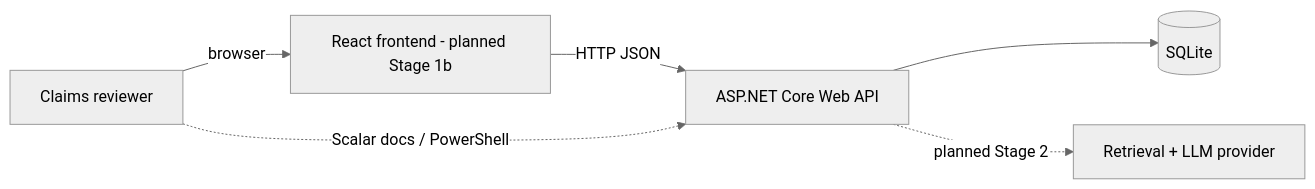
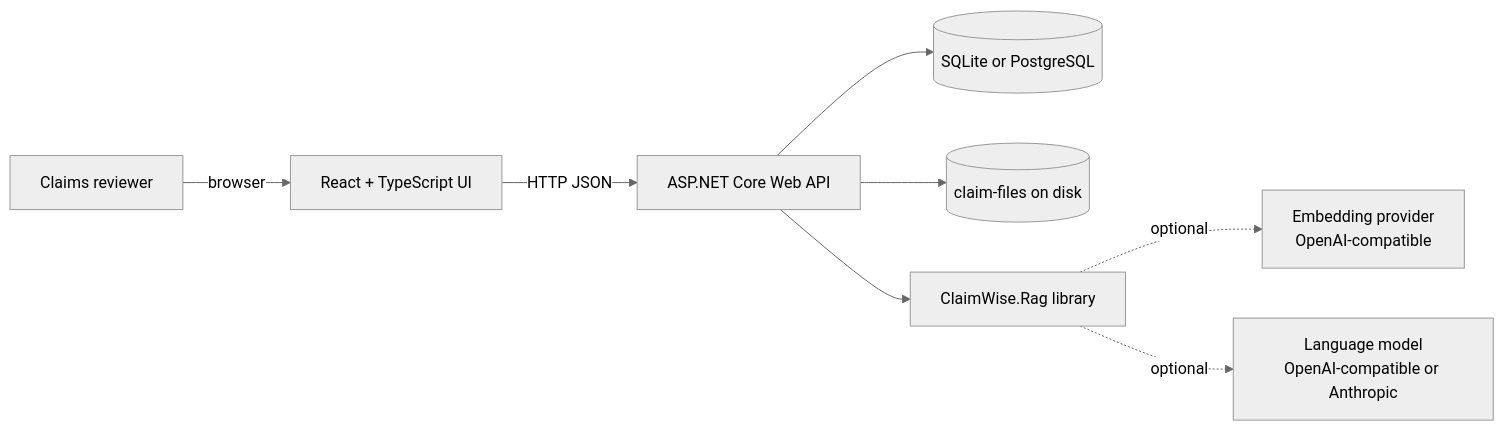
One commit to shruthilakshmi008-BA/ClaimWise-AI changed the first of 4 diagrams in docs/architecture.md. Above: the diagram before and after it, drawn with Mermaid (neutral theme). The commit also changed other lines of this file and 3 other files, not shown here.

First line of the commit message:
docs(architecture): replace planned-work text with the implemented design

````diff
--- a/docs/architecture.md
+++ b/docs/architecture.md
@@ -7,8 +7,10 @@
 ```mermaid
 flowchart LR
-    R[Claims reviewer] -->|browser| FE[React frontend - planned Stage 1b]
+    R[Claims reviewer] -->|browser| FE[React + TypeScript UI]
     FE -->|HTTP JSON| API[ASP.NET Core Web API]
-    R -.->|Scalar docs / PowerShell| API
-    API --> DB[(SQLite)]
-    API -.->|planned Stage 2| AI[Retrieval + LLM provider]
+    API --> DB[(SQLite or PostgreSQL)]
+    API --> FS[(claim-files on disk)]
+    API --> RAG[ClaimWise.Rag library]
+    RAG -.->|optional| EMB[Embedding provider<br/>OpenAI-compatible]
+    RAG -.->|optional| LLM[Language model<br/>OpenAI-compatible or Anthropic]
 ```
````
